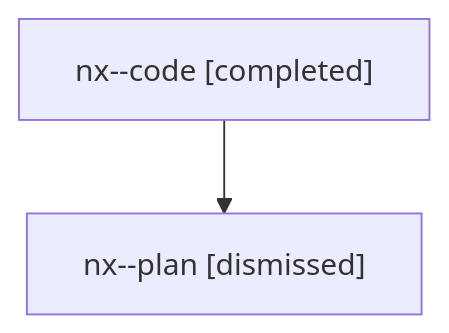
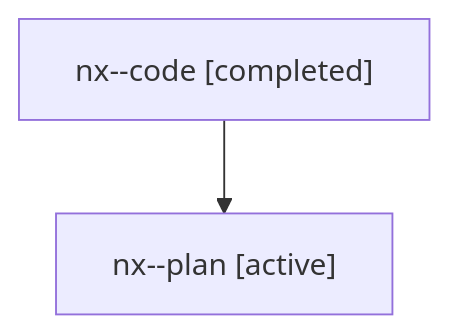
One commit to sase-org/sase--agents changed the diagram in families/bbugyi200.athena.nx.md. Above: the diagram before and after it, drawn with Mermaid. The commit also changed other lines of this file and 5813 other files, not shown here.

````diff
--- a/families/bbugyi200.athena.nx.md
+++ b/families/bbugyi200.athena.nx.md
@@ -9,6 +9,6 @@
 ```mermaid
 flowchart TD
   n0["nx--code [completed]"]
-  n1["nx--plan [dismissed]"]
+  n1["nx--plan [active]"]
   n0 --> n1
 ```
````
